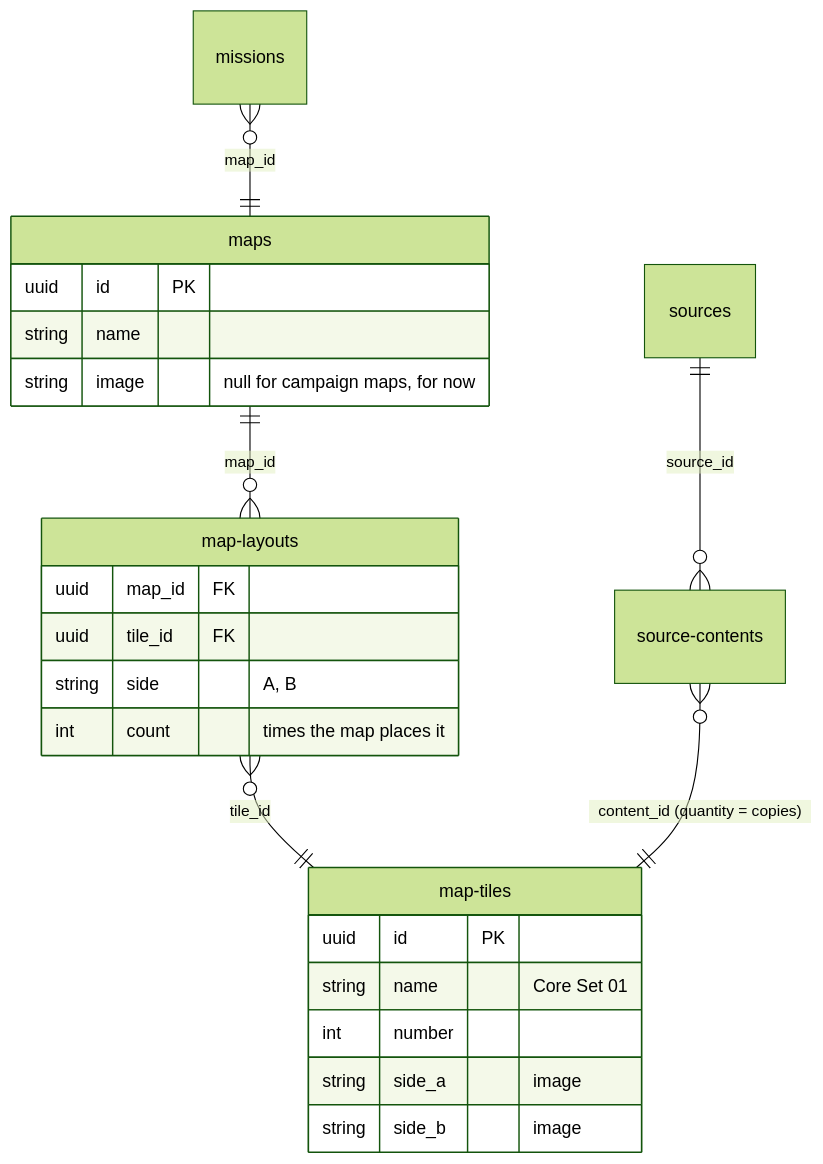
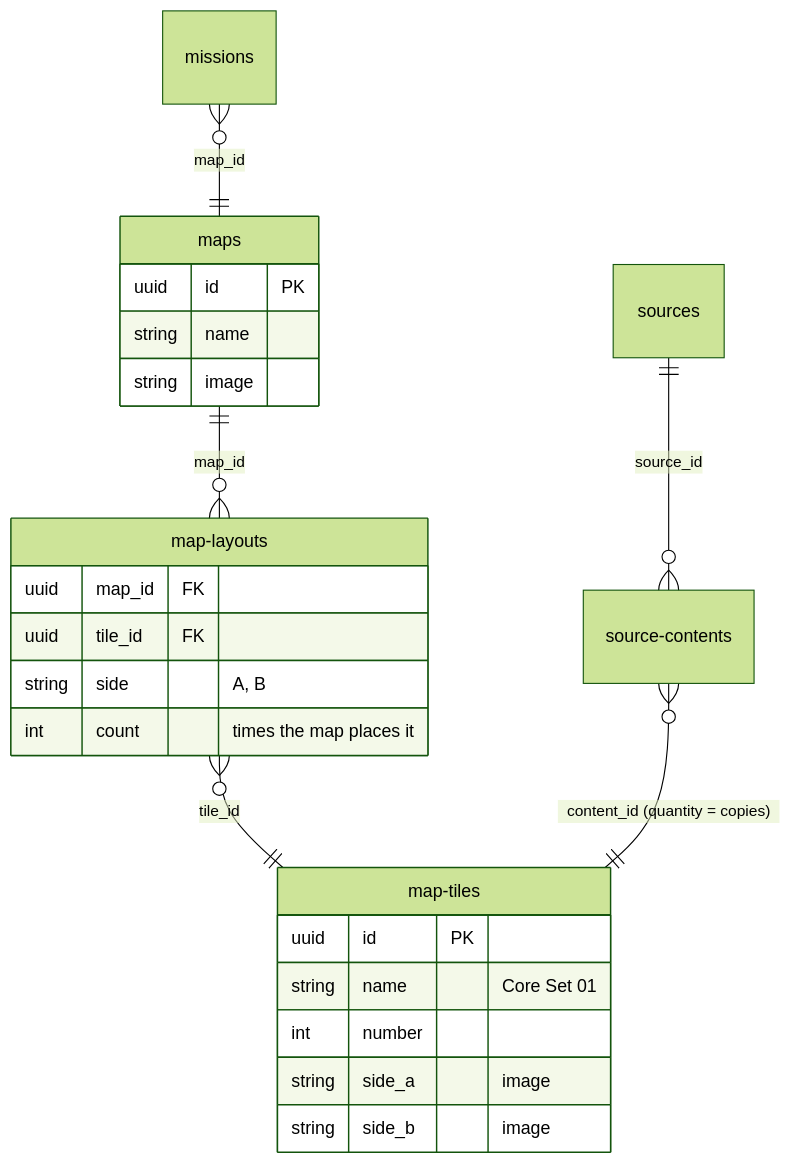
The seventh of 9 diagrams in docs/data-model.md (lvisintini/imperial-assault-data), drawn with Mermaid (forest theme) before and after one commit. The commit also changed other lines of this file and 282 other files, not shown here.

First line of the commit message:
Campaign maps: images drawn from ImperialCommander2's layouts with the map tiles

````diff
--- a/docs/data-model.md
+++ b/docs/data-model.md
@@ -400,27 +407,27 @@
 ```mermaid
 erDiagram
     missions }o--|| maps : "map_id"
     maps ||--o{ map-layouts : "map_id"
     map-layouts }o--|| map-tiles : "tile_id"
     sources ||--o{ source-contents : "source_id"
     source-contents }o--|| map-tiles : "content_id (quantity = copies)"
 
     maps {
         uuid id PK
         string name
-        string image "null for campaign maps, for now"
+        string image
     }
     map-tiles {
         uuid id PK
         string name "Core Set 01"
         int number
         string side_a "image"
         string side_b "image"
     }
     map-layouts {
         uuid map_id FK
         uuid tile_id FK
         string side "A, B"
         int count "times the map places it"
     }
 ```
````
